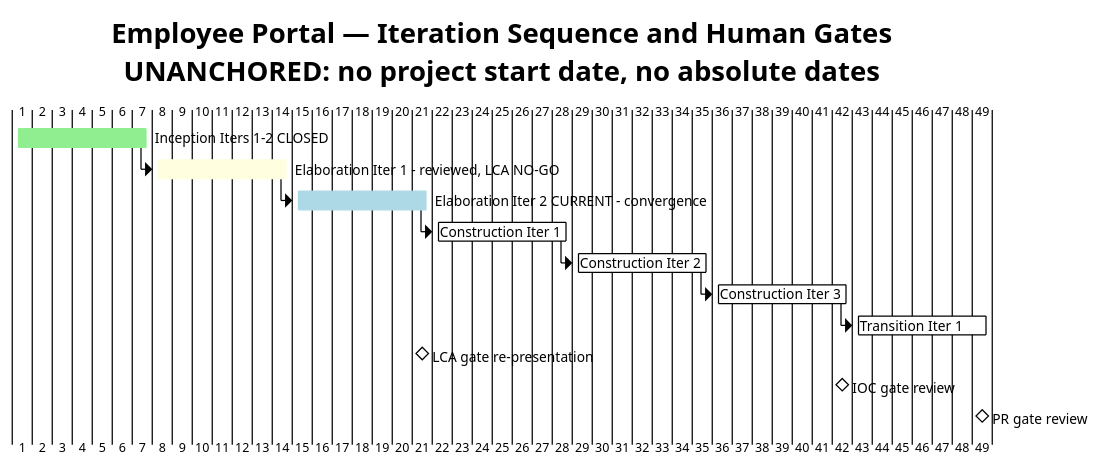
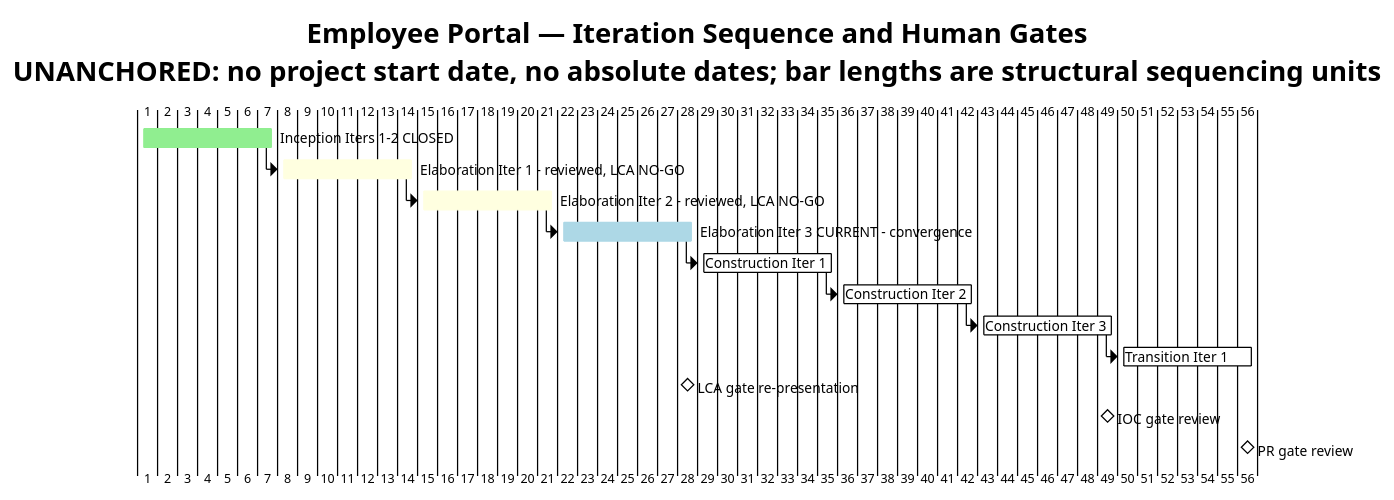
The first of 2 diagrams in docs/artifacts/project-management/iteration-plan.md (banense-test/employee-portal), drawn with PlantUML before and after one commit. The commit also changed other lines of this file, not shown here.

First line of the commit message:
Project Manager [E3]: upsert Iteration Plan

````diff
--- a/docs/artifacts/project-management/iteration-plan.md
+++ b/docs/artifacts/project-management/iteration-plan.md
@@ -42,33 +46,37 @@
 ```plantuml
 @startgantt
 !theme plain
-title Employee Portal — Iteration Sequence and Human Gates\nUNANCHORED: no project start date, no absolute dates
+title Employee Portal — Iteration Sequence and Human Gates\nUNANCHORED: no project start date, no absolute dates; bar lengths are structural sequencing units
 
 [Inception Iters 1-2 CLOSED] lasts 7 days
 [Inception Iters 1-2 CLOSED] is colored in lightgreen
 
 [Elaboration Iter 1 - reviewed, LCA NO-GO] lasts 7 days
 [Elaboration Iter 1 - reviewed, LCA NO-GO] starts at [Inception Iters 1-2 CLOSED]'s end
 [Elaboration Iter 1 - reviewed, LCA NO-GO] is colored in lightyellow
 
-[Elaboration Iter 2 CURRENT - convergence] lasts 7 days
-[Elaboration Iter 2 CURRENT - convergence] starts at [Elaboration Iter 1 - reviewed, LCA NO-GO]'s end
-[Elaboration Iter 2 CURRENT - convergence] is colored in lightblue
+[Elaboration Iter 2 - reviewed, LCA NO-GO] lasts 7 days
+[Elaboration Iter 2 - reviewed, LCA NO-GO] starts at [Elaboration Iter 1 - reviewed, LCA NO-GO]'s end
+[Elaboration Iter 2 - reviewed, LCA NO-GO] is colored in lightyellow
+
+[Elaboration Iter 3 CURRENT - convergence] lasts 7 days
+[Elaboration Iter 3 CURRENT - convergence] starts at [Elaboration Iter 2 - reviewed, LCA NO-GO]'s end
+[Elaboration Iter 3 CURRENT - convergence] is colored in lightblue
 
 [Construction Iter 1] lasts 7 days
-[Construction Iter 1] starts at [Elaboration Iter 2 CURRENT - convergence]'s end
+[Construction Iter 1] starts at [Elaboration Iter 3 CURRENT - convergence]'s end
 
 [Construction Iter 2] lasts 7 days
 [Construction Iter 2] starts at [Construction Iter 1]'s end
 
 [Construction Iter 3] lasts 7 days
 [Construction Iter 3] starts at [Construction Iter 2]'s end
 
 [Transition Iter 1] lasts 7 days
 [Transition Iter 1] starts at [Construction Iter 3]'s end
 
-[LCA gate re-presentation] happens at [Elaboration Iter 2 CURRENT - convergence]'s end
+[LCA gate re-presentation] happens at [Elaboration Iter 3 CURRENT - convergence]'s end
 [IOC gate review] happens at [Construction Iter 3]'s end
 [PR gate review] happens at [Transition Iter 1]'s end
 @endgantt
 ```
````
